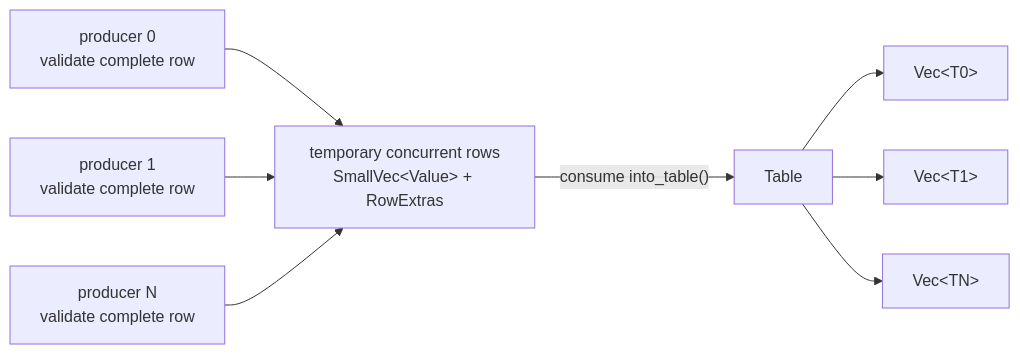
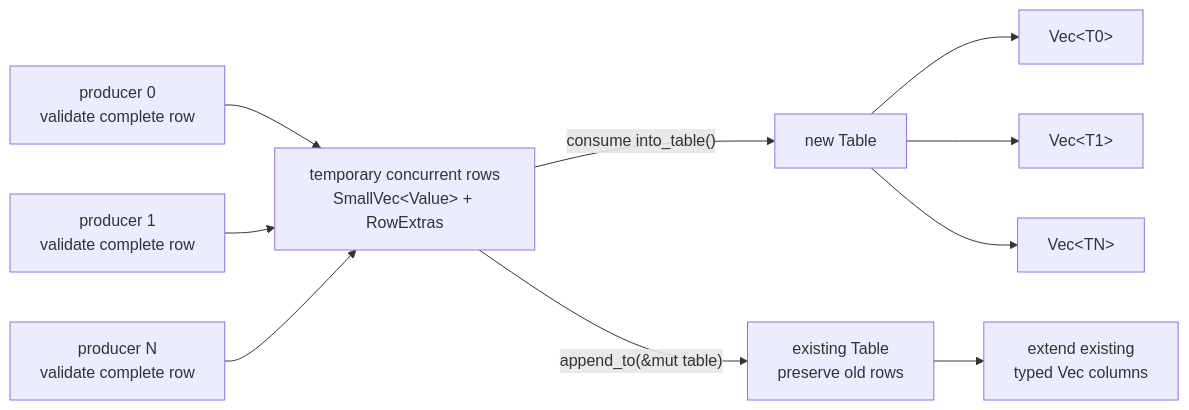
The second of 6 diagrams in docs/high-level/table.md (kjn-void/gd-rs), drawn with Mermaid before and after one commit. The commit also changed other lines of this file and 7 other files, not shown here.

First line of the commit message:
Append concurrent builds to existing tables

````diff
--- a/docs/high-level/table.md
+++ b/docs/high-level/table.md
@@ -46,11 +46,13 @@
 ```mermaid
 flowchart LR
     P0["producer 0<br/>validate complete row"] --> Rows
     P1["producer 1<br/>validate complete row"] --> Rows
     PN["producer N<br/>validate complete row"] --> Rows
     Rows["temporary concurrent rows<br/>SmallVec&lt;Value&gt; + RowExtras"]
-    Rows -->|"consume into_table()"| T["Table"]
+    Rows -->|"consume into_table()"| T["new Table"]
+    Rows -->|"append_to(&mut table)"| Existing["existing Table<br/>preserve old rows"]
     T --> C0["Vec&lt;T0&gt;"]
     T --> C1["Vec&lt;T1&gt;"]
     T --> CN["Vec&lt;TN&gt;"]
+    Existing --> EC["extend existing<br/>typed Vec columns"]
 ```
````
